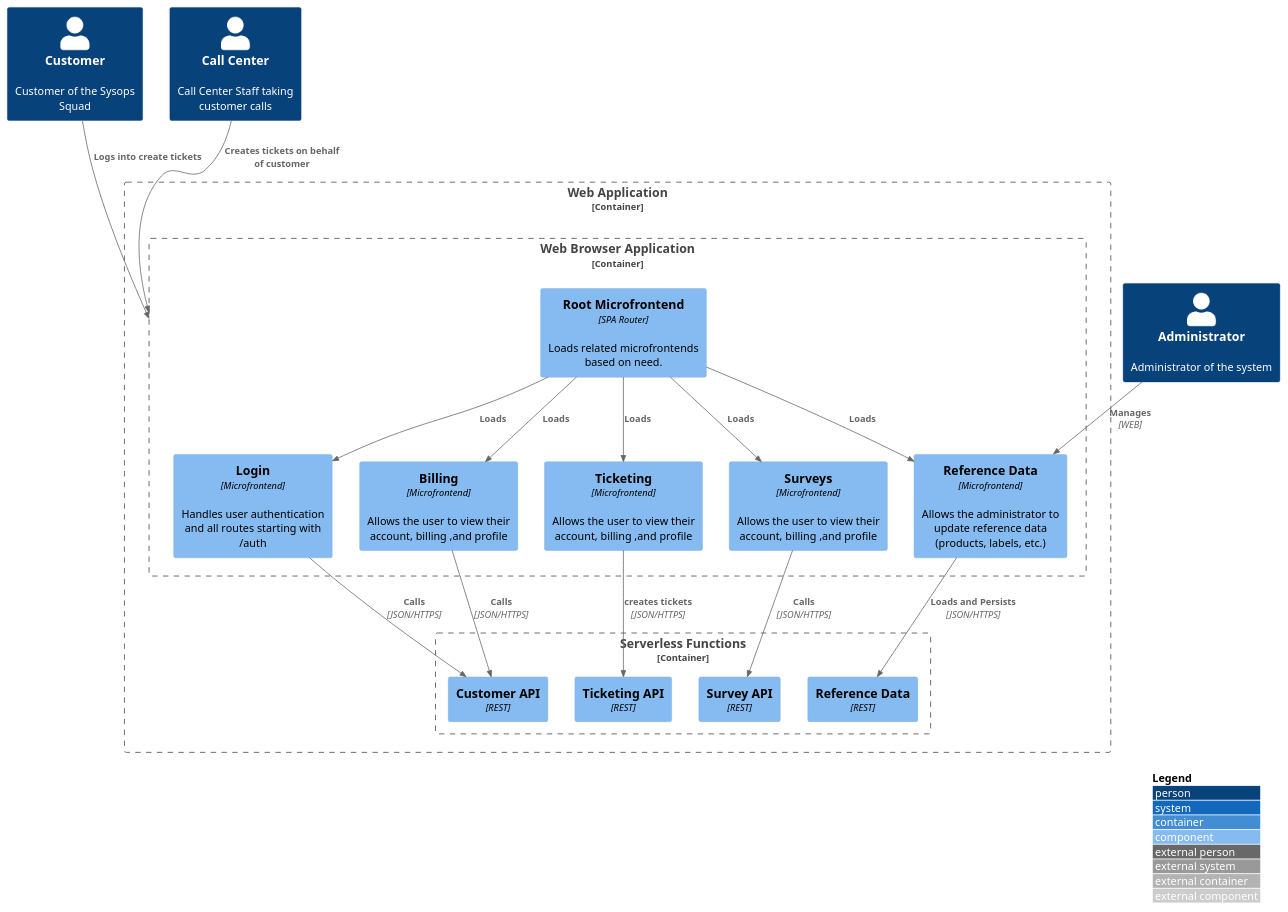
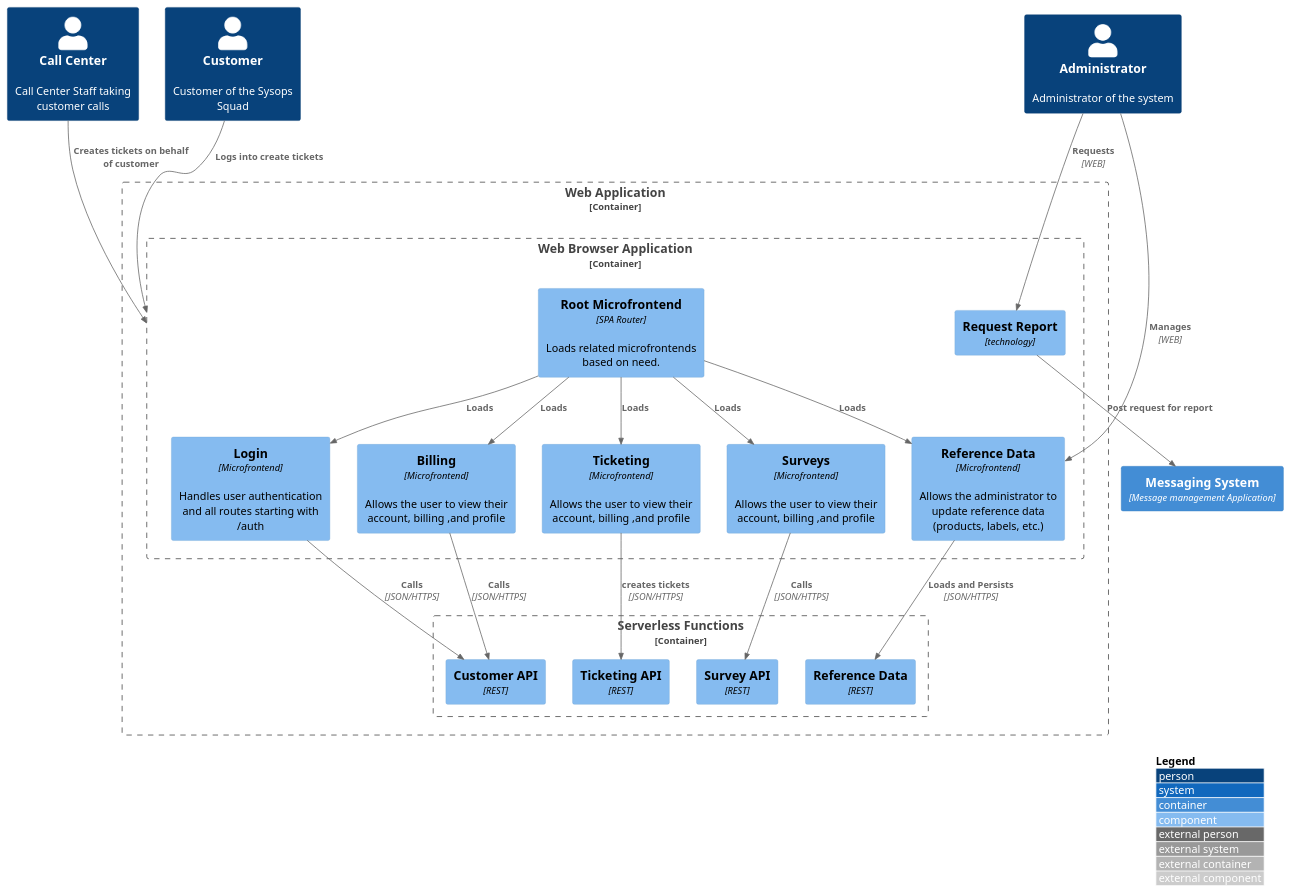
Before and after one commit to architectonics/sysopssquad: the diagram in src/1 Sysops Squad/Web Application/container.puml, drawn with PlantUML. The commit also changed 9 other files, not shown here.

```diff
--- a/src/1 Sysops Squad/Web Application/container.puml
+++ b/src/1 Sysops Squad/Web Application/container.puml
@@ -1,46 +1,52 @@
 @startuml "Sysops Web Application"
 !include https://raw.githubusercontent.com/adrianvlupu/C4-PlantUML/latest/C4_Component.puml
 
 LAYOUT_WITH_LEGEND()
 
 Person(customer, "Customer", "Customer of the Sysops Squad")
 Person(callcenter, "Call Center", "Call Center Staff taking customer calls")
 Person(administrator, "Administrator", "Administrator of the system")
+
+Container(ms, "Messaging System", "Message management Application")
 
 Container_Boundary(web, "Web Application"){
 
     Container_Boundary(serverless, "Serverless Functions") {
         Component(ticketing_api, "Ticketing API", "REST")
         Component(survey_api, "Survey API", "REST")
         Component(customer_api, "Customer API", "REST")
         Component(reference_data_api, "Reference Data", "REST")
     }
 
     Container_Boundary(spa, "Web Browser Application") {
         Component(root, "Root Microfrontend", "SPA Router", "Loads related microfrontends based on need.")
         Component(login, "Login", "Microfrontend", "Handles user authentication and all routes starting with /auth")
         Component(billing, "Billing", "Microfrontend", "Allows the user to view their account, billing ,and profile")
         Component(ticketing, "Ticketing", "Microfrontend", "Allows the user to view their account, billing ,and profile")
         Component(survey, "Surveys", "Microfrontend", "Allows the user to view their account, billing ,and profile")
         Component(reference_data, "Reference Data", "Microfrontend", "Allows the administrator to update reference data (products, labels, etc.)")
+        Component(report_request, "Request Report", "technology")
     }
 
 }
 Rel(customer, spa, "Logs into create tickets")
 Rel(callcenter, spa, "Creates tickets on behalf of customer")
 
 Rel(root, login, "Loads")
 Rel(root, billing, "Loads")
 Rel(root, ticketing, "Loads")
 Rel(root, survey, "Loads")
 Rel(root, reference_data, "Loads")
 
 Rel(ticketing, ticketing_api, "creates tickets", "JSON/HTTPS")
 Rel(survey, survey_api, "Calls", "JSON/HTTPS")
 Rel(billing, customer_api, "Calls", "JSON/HTTPS")
 Rel(login, customer_api, "Calls", "JSON/HTTPS")
 
+Rel(administrator, report_request, "Requests", "WEB")
 Rel(administrator, reference_data, "Manages", "WEB")
 Rel(reference_data, reference_data_api, "Loads and Persists", "JSON/HTTPS")
 
+Rel(report_request, ms, "Post request for report")
+
 @enduml
```
